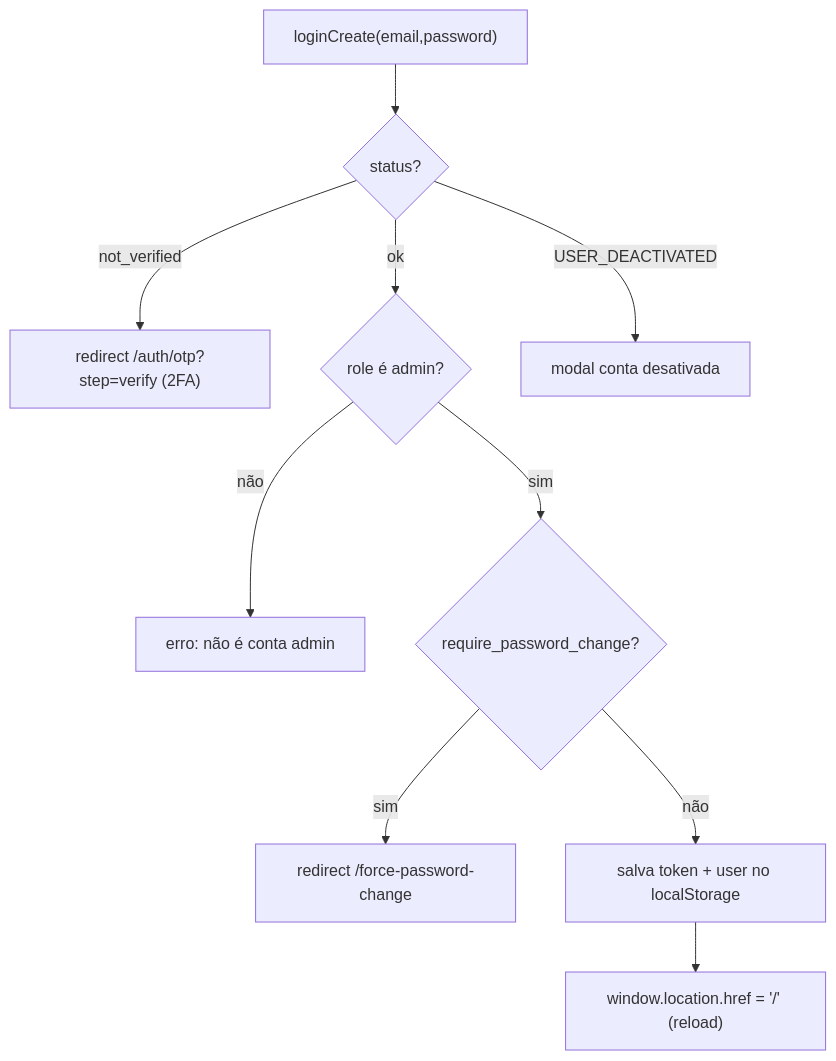
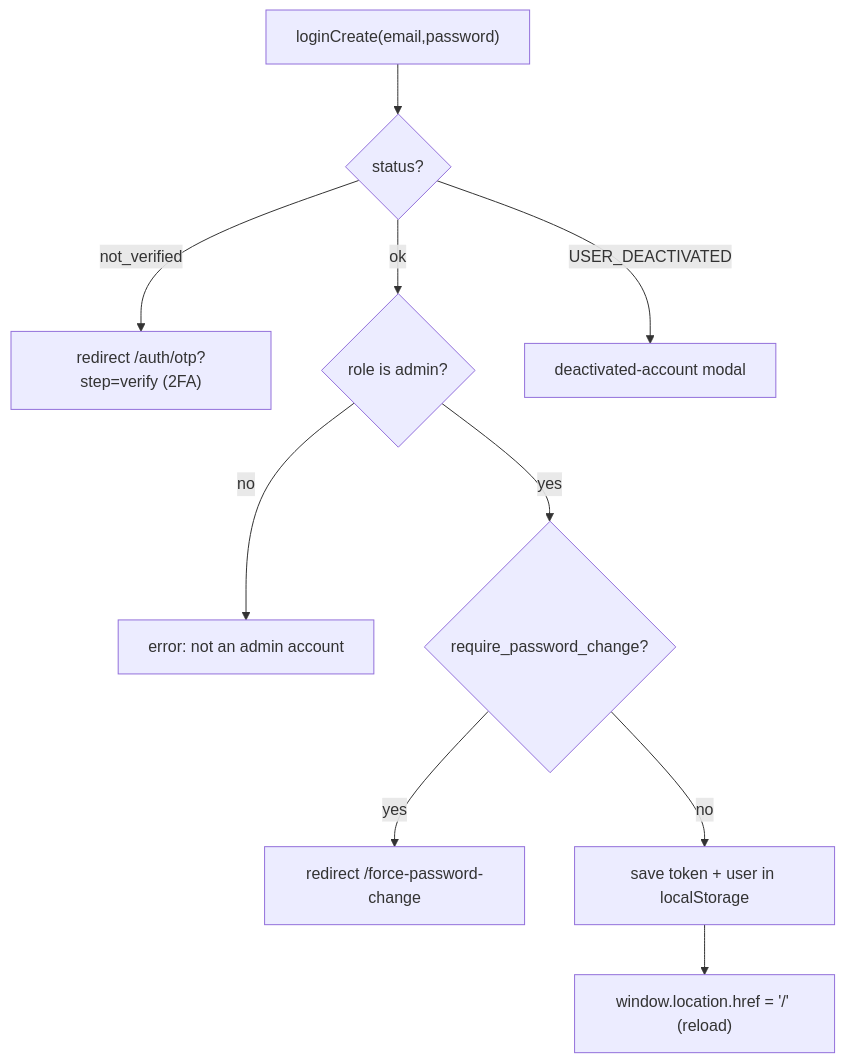
The third of 6 diagrams in docs/architecture.md (Walky-App/walky-admin), drawn with Mermaid before and after one commit. The commit also changed other lines of this file and 12 other files, not shown here.

````diff
--- a/docs/architecture.md
+++ b/docs/architecture.md
@@ -179,12 +176,12 @@
 ```mermaid
 flowchart TD
     L["loginCreate(email,password)"] --> S{status?}
     S -->|"not_verified"| OTP["redirect /auth/otp?step=verify (2FA)"]
-    S -->|ok| R{role é admin?}
-    R -->|não| Err["erro: não é conta admin"]
-    R -->|sim| PC{require_password_change?}
-    PC -->|sim| FPC["redirect /force-password-change"]
-    PC -->|não| Store["salva token + user no localStorage"]
+    S -->|ok| R{role is admin?}
+    R -->|no| Err["error: not an admin account"]
+    R -->|yes| PC{require_password_change?}
+    PC -->|yes| FPC["redirect /force-password-change"]
+    PC -->|no| Store["save token + user in localStorage"]
     Store --> Home["window.location.href = '/' (reload)"]
-    S -->|USER_DEACTIVATED| Modal["modal conta desativada"]
+    S -->|USER_DEACTIVATED| Modal["deactivated-account modal"]
 ```
````
